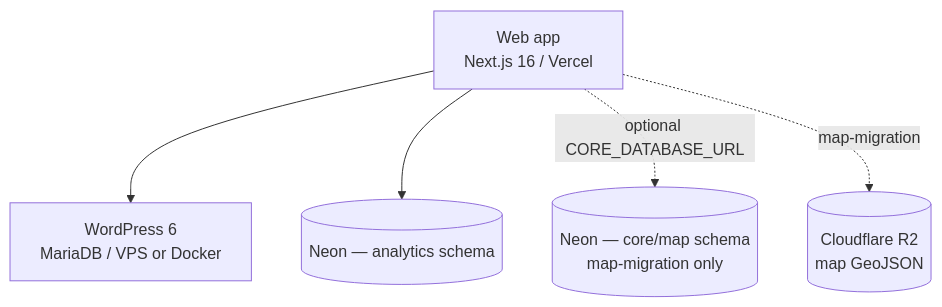
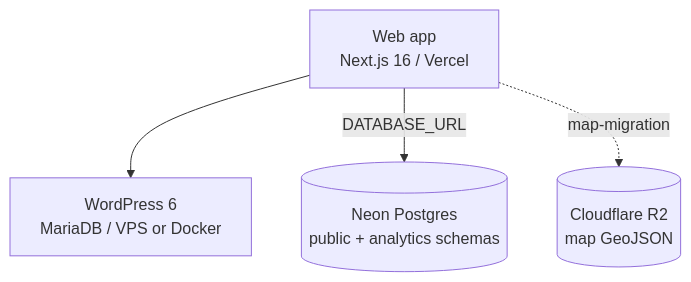
One commit to b59-studio/spark changed the second of 6 diagrams in docs/architecture.md. Above: the diagram before and after it, drawn with Mermaid. The commit also changed other lines of this file and 23 other files, not shown here.

````diff
--- a/docs/architecture.md
+++ b/docs/architecture.md
@@ -43,13 +43,11 @@
 ```mermaid
 graph TB
     web[Web app<br/>Next.js 16 / Vercel]
     cms[WordPress 6<br/>MariaDB / VPS or Docker]
-    analytics[(Neon — analytics schema)]
-    core[(Neon — core/map schema<br/>map-migration only)]
+    neon[(Neon Postgres<br/>public + analytics schemas)]
     r2[(Cloudflare R2<br/>map GeoJSON)]
 
     web --> cms
-    web --> analytics
-    web -.->|optional CORE_DATABASE_URL| core
+    web -->|DATABASE_URL| neon
     web -.->|map-migration| r2
 ```
````
